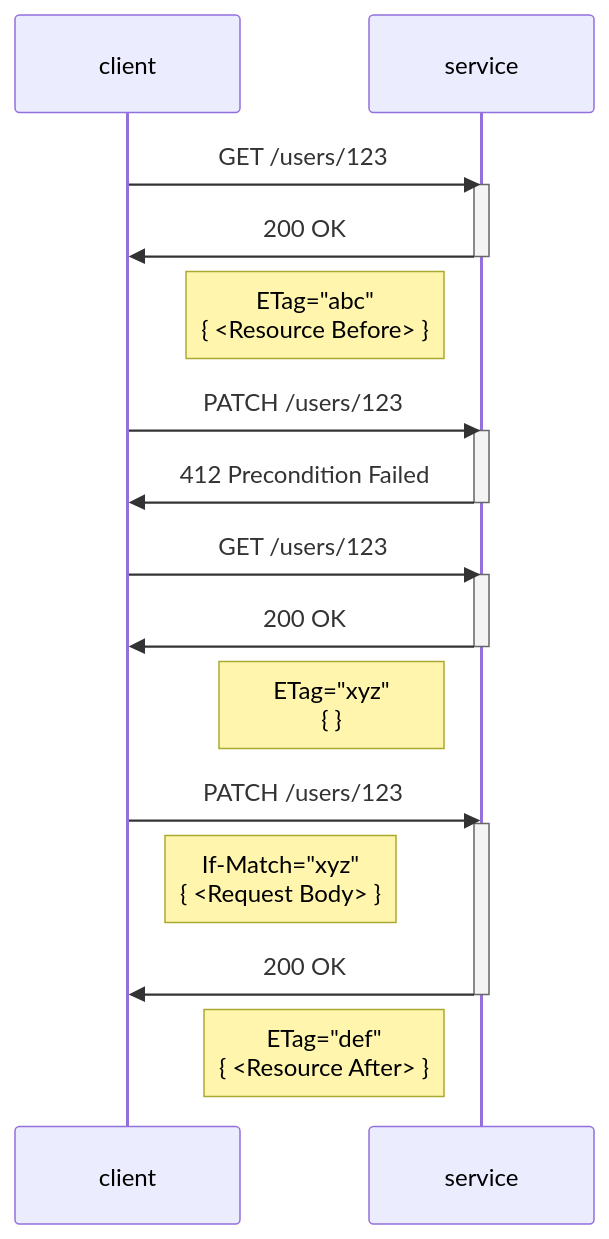
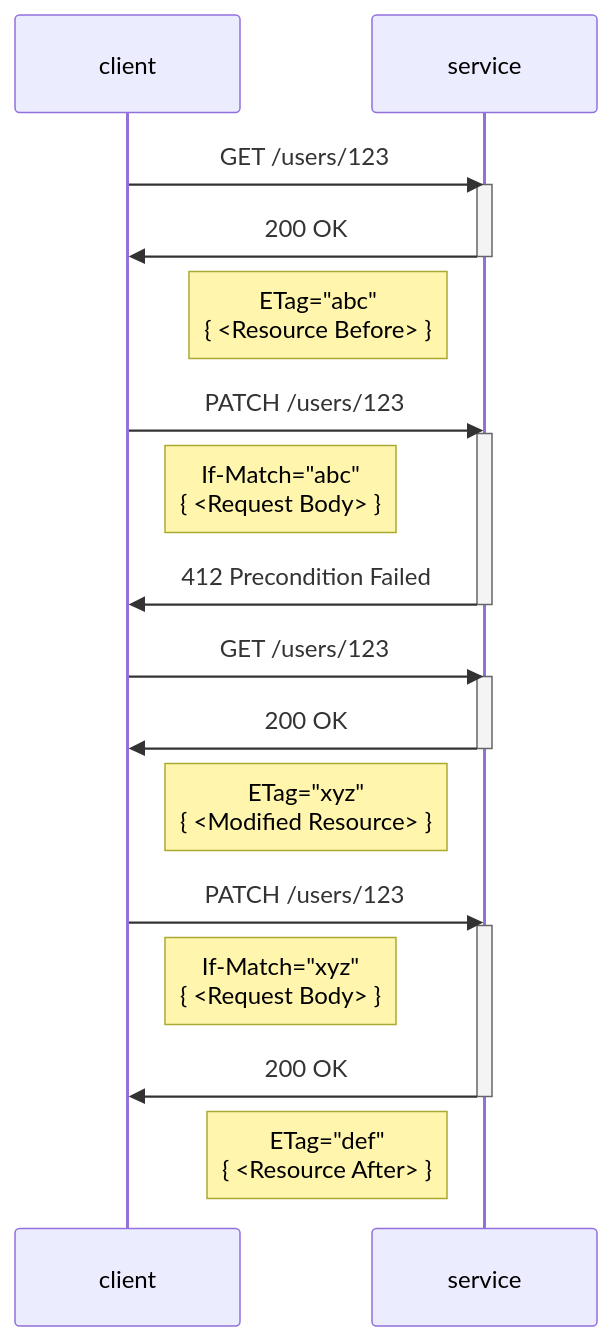
One commit to annelo-msft/gists changed the sixth of 7 diagrams in patch-models/samples.md. Above: the diagram before and after it, drawn with Mermaid.

Commit message:
update ETag HTTP ex

````diff
--- a/patch-models/samples.md
+++ b/patch-models/samples.md
@@ -796,23 +796,24 @@
 ```mermaid
 sequenceDiagram
     client->>service: GET /users/123
     activate service
     service->>client: 200 OK
     deactivate service
     Note left of service: ETag="abc"<br>{ <Resource Before> }
     client->>service: PATCH /users/123
     activate service
+    Note right of client: If-Match="abc"<br>{ <Request Body> }
     service->>client: 412 Precondition Failed
     deactivate service
     client->>service: GET /users/123
     activate service
     service->>client: 200 OK
     deactivate service
-    Note left of service: ETag="xyz"<br>{  }
+    Note left of service: ETag="xyz"<br>{ <Modified Resource> }
     client->>service: PATCH /users/123
     activate service
     Note right of client: If-Match="xyz"<br>{ <Request Body> }
     service->>client: 200 OK
     deactivate service
     Note left of service: ETag="def"<br>{ <Resource After> }
 ```
````
